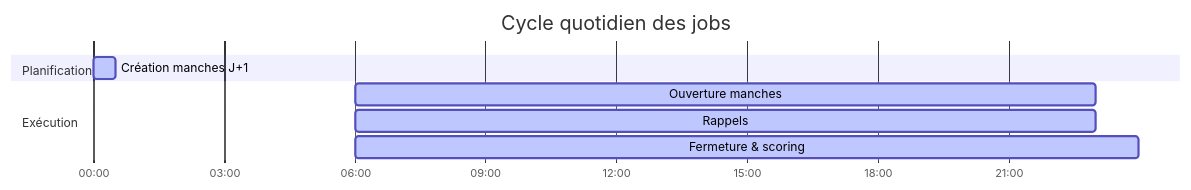
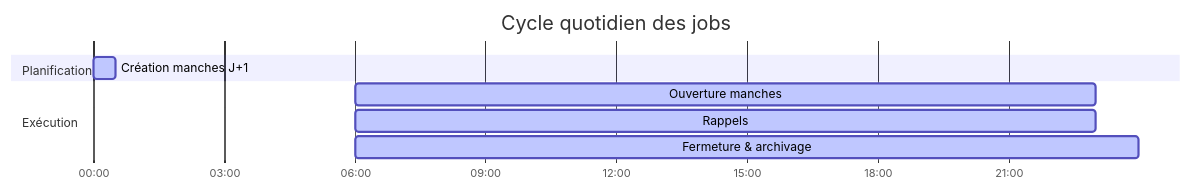
Before and after one commit to Adrien490/jimboa: the fifth of 6 diagrams in README.md, drawn with Mermaid. The commit also changed other lines of this file and 1 other file, not shown here.

````diff
--- a/README.md
+++ b/README.md
@@ -402,14 +291,14 @@
 ```mermaid
 gantt
     title Cycle quotidien des jobs
     dateFormat HH:mm
     axisFormat %H:%M
 
     section Planification
     Création manches J+1    :active, plan, 00:00, 00:30
 
     section Exécution
     Ouverture manches        :active, open, 06:00, 23:00
     Rappels                  :active, remind, 06:00, 23:00
-    Fermeture & scoring      :active, close, 06:00, 23:59
+    Fermeture & archivage    :active, close, 06:00, 23:59
 ```
````
